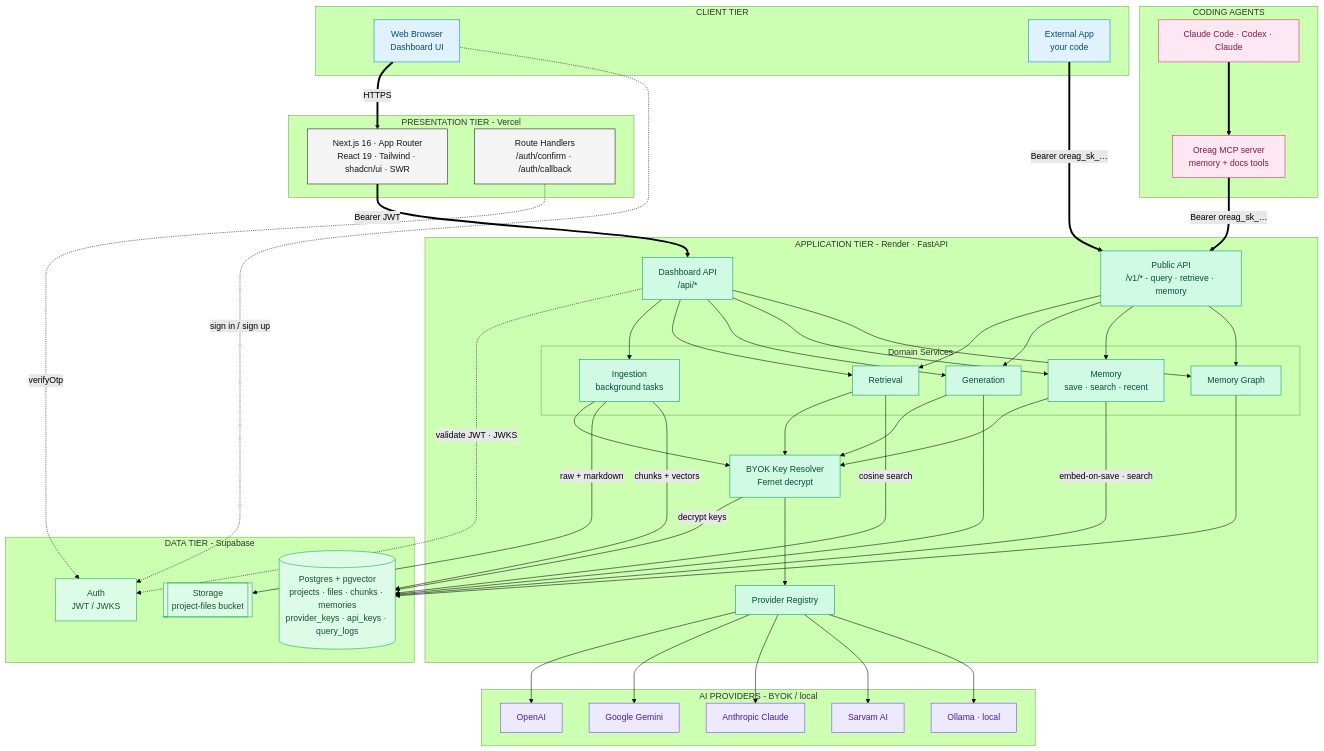
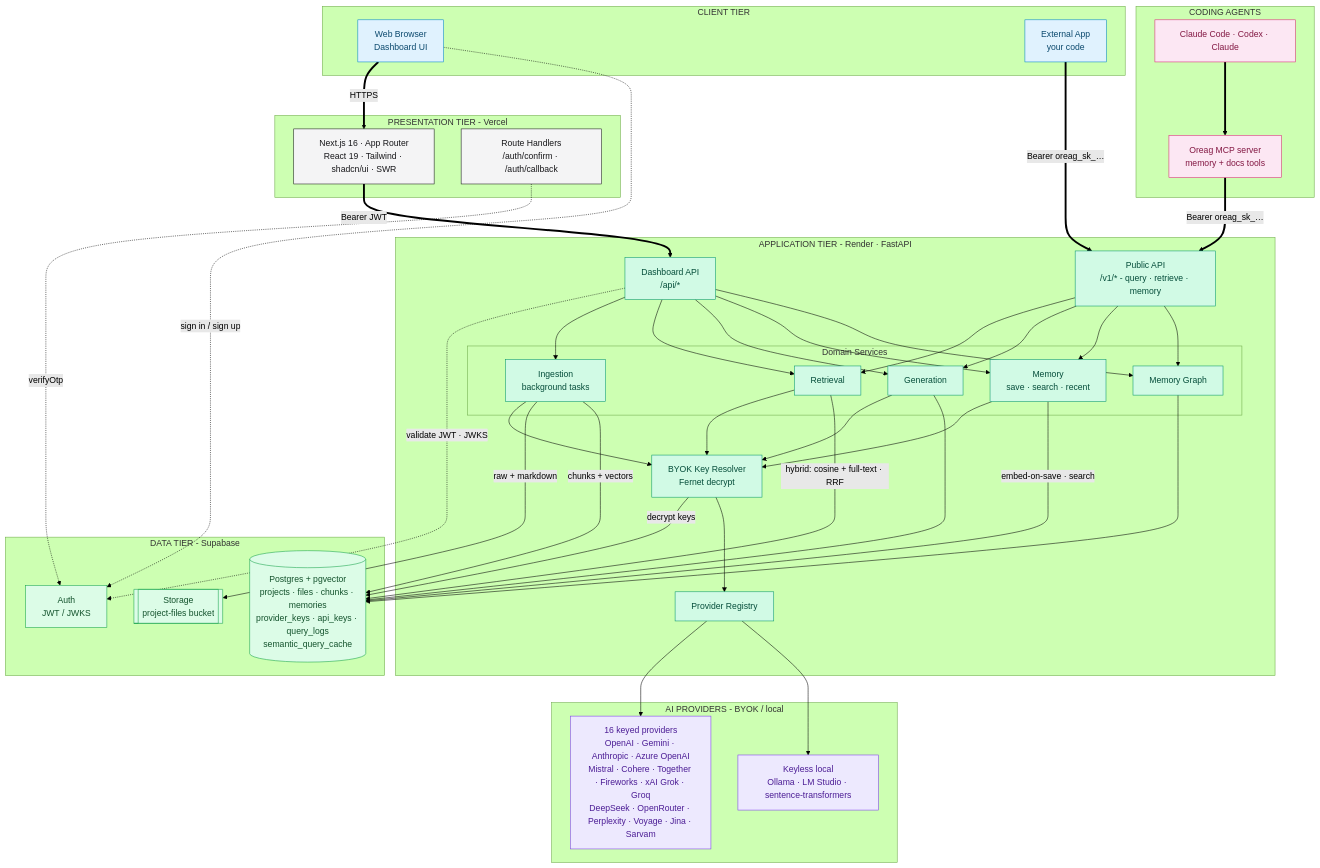
Before and after one commit to haroontrailblazer/Oreag: the first of 6 diagrams in Readme.md, drawn with Mermaid (forest theme). The commit also changed other lines of this file and 12 other files, not shown here.

````diff
--- a/Readme.md
+++ b/Readme.md
@@ -77,16 +82,13 @@
 
     subgraph datat["DATA TIER - Supabase"]
         Auth["Auth<br/>JWT / JWKS"]
-        PG[("Postgres + pgvector<br/>projects · files · chunks · memories<br/>provider_keys · api_keys · query_logs")]
+        PG[("Postgres + pgvector<br/>projects · files · chunks · memories<br/>provider_keys · api_keys · query_logs<br/>semantic_query_cache")]
         Store[["Storage<br/>project-files bucket"]]
     end
 
     subgraph ai["AI PROVIDERS - BYOK / local"]
-        OpenAI["OpenAI"]
-        Gemini["Google Gemini"]
-        Anthropic["Anthropic Claude"]
-        Sarvam["Sarvam AI"]
-        Ollama["Ollama · local"]
+        Keyed["16 keyed providers<br/>OpenAI · Gemini · Anthropic · Azure OpenAI<br/>Mistral · Cohere · Together · Fireworks · xAI Grok · Groq<br/>DeepSeek · OpenRouter · Perplexity · Voyage · Jina · Sarvam"]
+        Local["Keyless local<br/>Ollama · LM Studio · sentence-transformers"]
     end
 
     Browser ==>|HTTPS| Next
@@ -104,11 +106,11 @@
     Ingest & Retrieve & Generate & Memory --> Resolver
     Resolver -->|decrypt keys| PG
     Resolver --> Registry
-    Registry --> OpenAI & Gemini & Anthropic & Sarvam & Ollama
+    Registry --> Keyed & Local
 
     Ingest -->|raw + markdown| Store
     Ingest -->|chunks + vectors| PG
-    Retrieve -->|cosine search| PG
+    Retrieve -->|"hybrid: cosine + full-text · RRF"| PG
     Generate --> PG
     Memory -->|embed-on-save · search| PG
     MemGraph --> PG
@@ -125,5 +127,5 @@
     class Next,AuthRt tEdge
     class API,PublicAPI,Ingest,Retrieve,Generate,Memory,MemGraph,Resolver,Registry tApp
     class Auth,PG,Store tData
-    class OpenAI,Gemini,Anthropic,Sarvam,Ollama tAI
+    class Keyed,Local tAI
 ```
````
